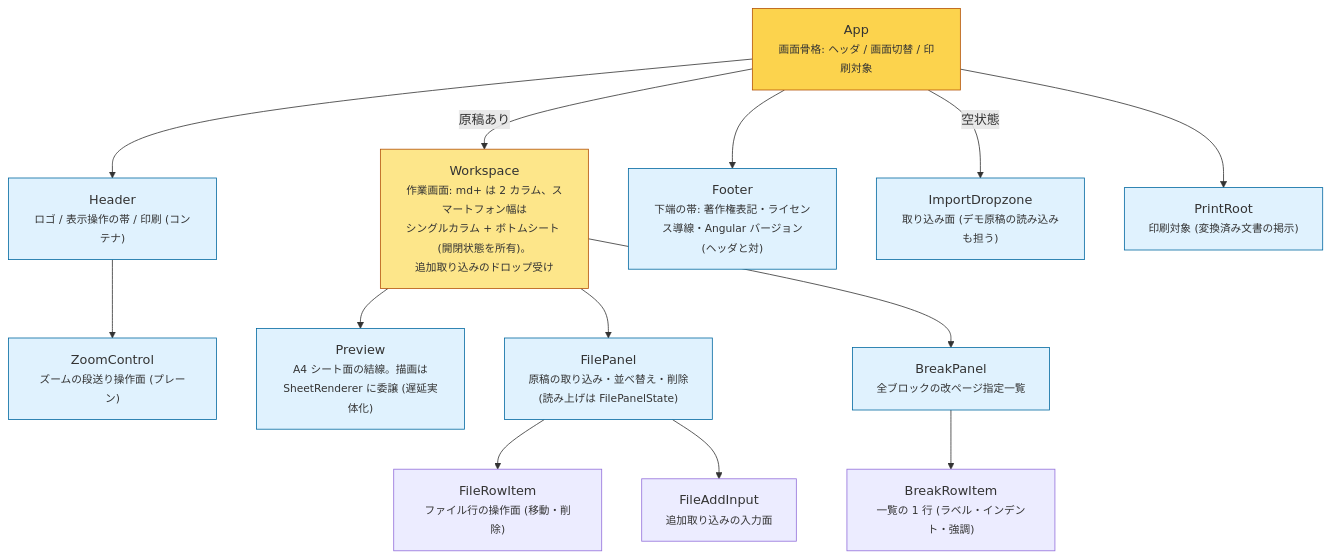
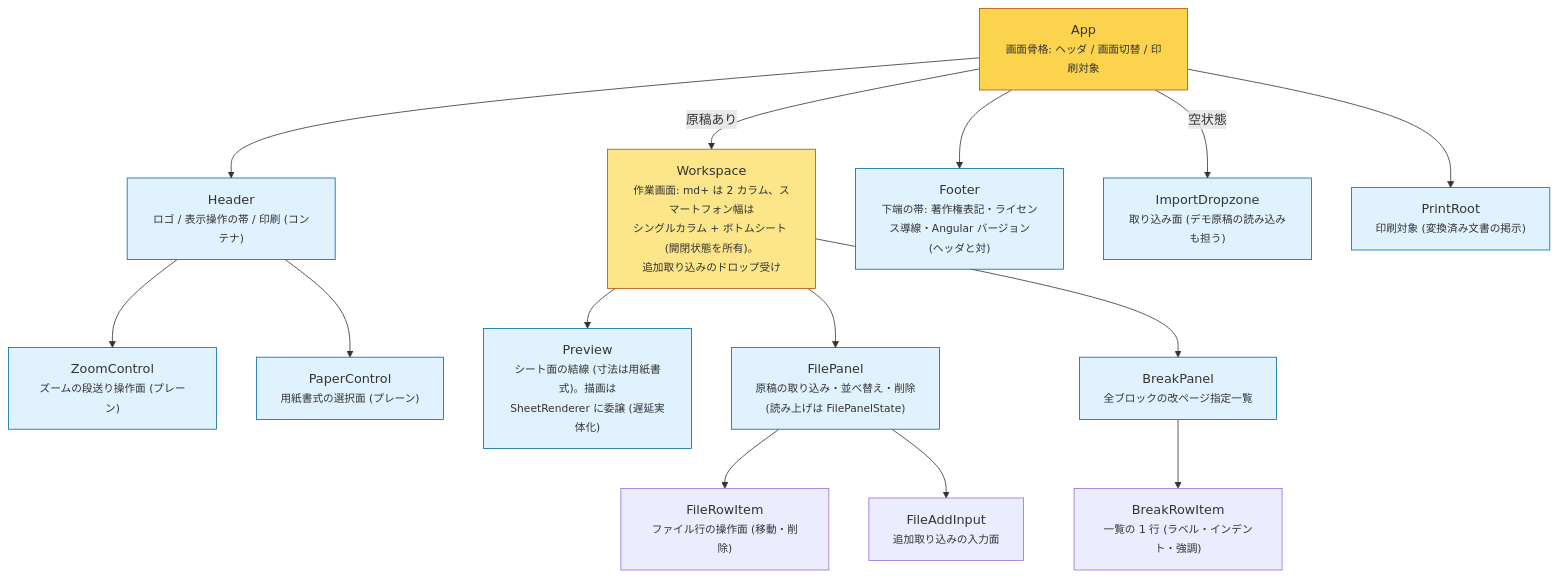
One commit to lacolaco/printmd changed the diagram in docs/component-tree.md. Above: the diagram before and after it, drawn with Mermaid. The commit also changed other lines of this file and 39 other files, not shown here.

````diff
--- a/docs/component-tree.md
+++ b/docs/component-tree.md
@@ -6,36 +6,38 @@
 ```mermaid
 flowchart TB
   APP["App<br/><small>画面骨格: ヘッダ / 画面切替 / 印刷対象</small>"]
   HEADER["Header<br/><small>ロゴ / 表示操作の帯 / 印刷 (コンテナ)</small>"]
   ZOOMC["ZoomControl<br/><small>ズームの段送り操作面 (プレーン)</small>"]
+  PAPERC["PaperControl<br/><small>用紙書式の選択面 (プレーン)</small>"]
   WS["Workspace<br/><small>作業画面: md+ は 2 カラム、スマートフォン幅は<br/>シングルカラム + ボトムシート (開閉状態を所有)。<br/>追加取り込みのドロップ受け</small>"]
-  PREVIEW["Preview<br/><small>A4 シート面の結線。描画は<br/>SheetRenderer に委譲 (遅延実体化)</small>"]
+  PREVIEW["Preview<br/><small>シート面の結線 (寸法は用紙書式)。描画は<br/>SheetRenderer に委譲 (遅延実体化)</small>"]
   FILEP["FilePanel<br/><small>原稿の取り込み・並べ替え・削除<br/>(読み上げは FilePanelState)</small>"]
   BREAKP["BreakPanel<br/><small>全ブロックの改ページ指定一覧</small>"]
   BREAKROW["BreakRowItem<br/><small>一覧の 1 行 (ラベル・インデント・強調)</small>"]
   FILEROW["FileRowItem<br/><small>ファイル行の操作面 (移動・削除)</small>"]
   FILEADD["FileAddInput<br/><small>追加取り込みの入力面</small>"]
   FOOTER["Footer<br/><small>下端の帯: 著作権表記・ライセンス導線・Angular バージョン<br/>(ヘッダと対)</small>"]
   DROP["ImportDropzone<br/><small>取り込み面 (デモ原稿の読み込みも担う)</small>"]
   PRINT["PrintRoot<br/><small>印刷対象 (変換済み文書の掲示)</small>"]
 
   APP --> HEADER
   HEADER --> ZOOMC
+  HEADER --> PAPERC
   APP --> FOOTER
   APP -->|"原稿あり"| WS
   APP -->|"空状態"| DROP
   APP --> PRINT
   WS --> PREVIEW
   WS --> FILEP
   WS --> BREAKP
   BREAKP --> BREAKROW
   FILEP --> FILEROW
   FILEP --> FILEADD
 
   classDef shell fill:#fcd34d,stroke:#b45309
   classDef layout fill:#fde68a,stroke:#b45309
   classDef leaf fill:#e0f2fe,stroke:#0369a1
   class APP shell
   class WS layout
-  class HEADER,ZOOMC,PREVIEW,FILEP,BREAKP,FOOTER,DROP,PRINT leaf
+  class HEADER,ZOOMC,PAPERC,PREVIEW,FILEP,BREAKP,FOOTER,DROP,PRINT leaf
 ```
````
